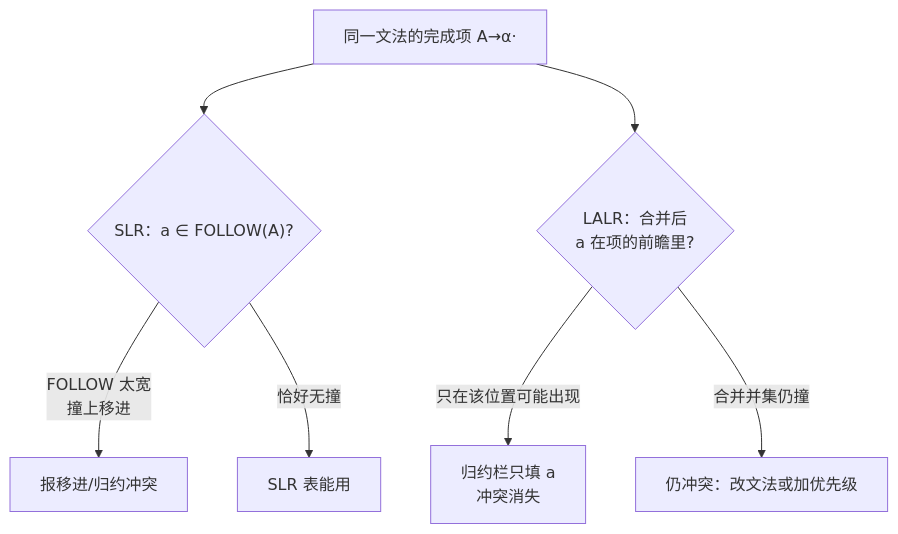
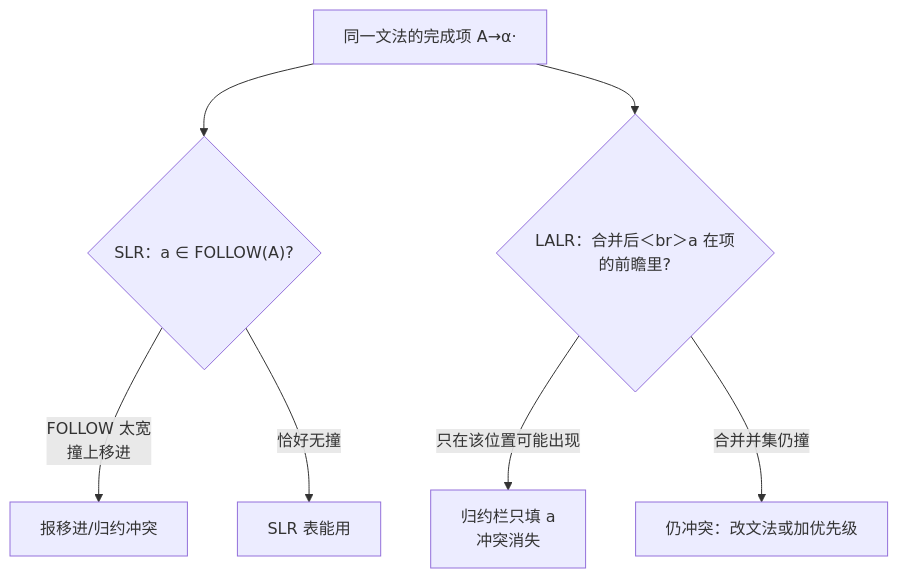
One commit to xhongduo-tech/xhongduo-tech.github.io changed the second of 2 diagrams in docs/cs/slr-lalr.md. Above: the diagram before and after it, drawn with Mermaid. The commit also changed 291 other files, not shown here.

Commit message:
Normalize lesson titles to tree names and repair mermaid arrow/quote syntax site-wide.

````diff
--- a/docs/cs/slr-lalr.md
+++ b/docs/cs/slr-lalr.md
@@ -51,9 +51,9 @@
 ```mermaid
 flowchart TD
   G["同一文法的完成项 A→α·"] --> S{"SLR：a ∈ FOLLOW(A)?"}
   S -- "FOLLOW 太宽<br>撞上移进" --> C1["报移进/归约冲突"]
   S -- 恰好无撞 --> OK1["SLR 表能用"]
-  G --> L{"LALR：合并后<br>a 在项的前瞻里?"}
+  G --> L{"LALR：合并后＜br＞a 在项的前瞻里?"}
   L -- "只在该位置可能出现" --> OK2["归约栏只填 a<br>冲突消失"]
   L -- "合并并集仍撞" --> C2["仍冲突：改文法或加优先级"]
 ```
````
